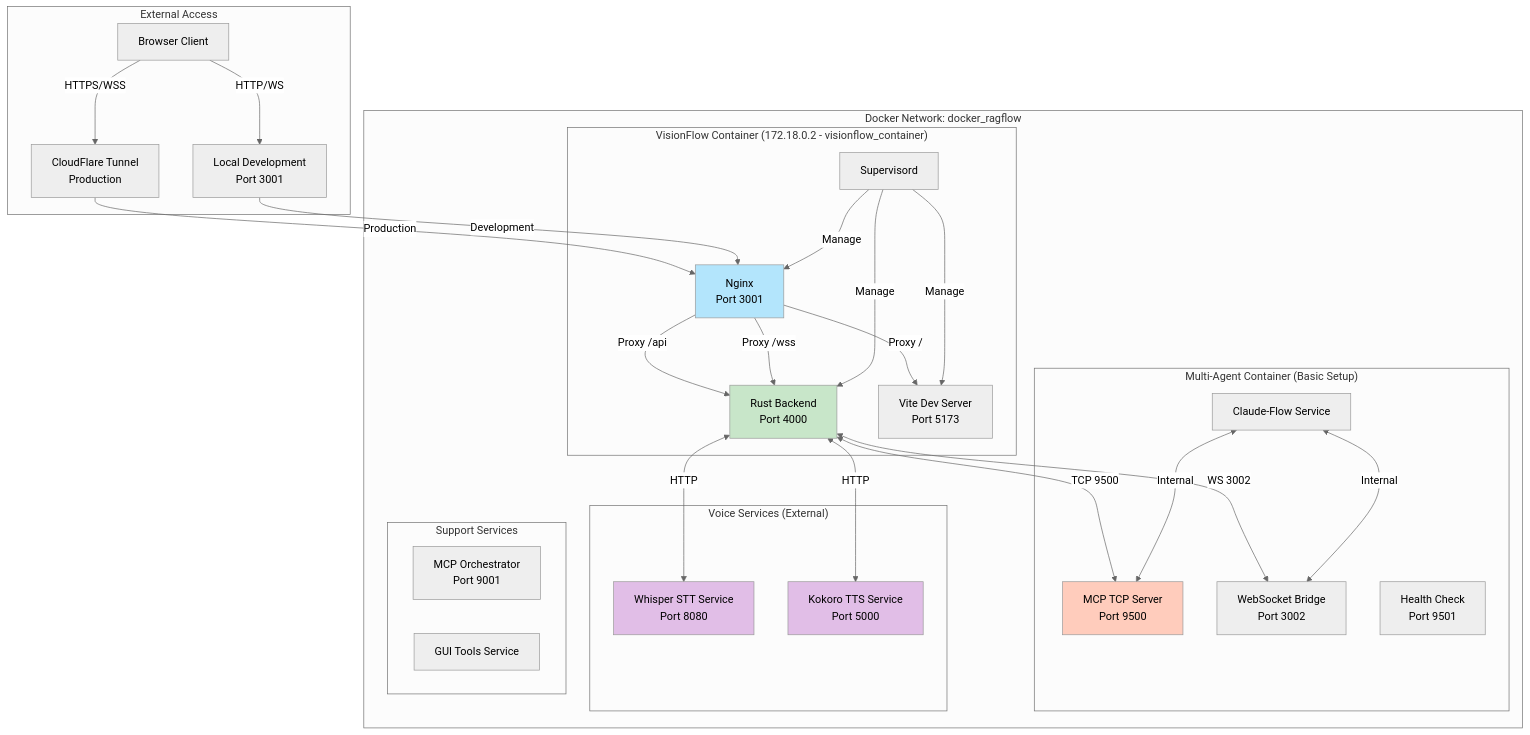
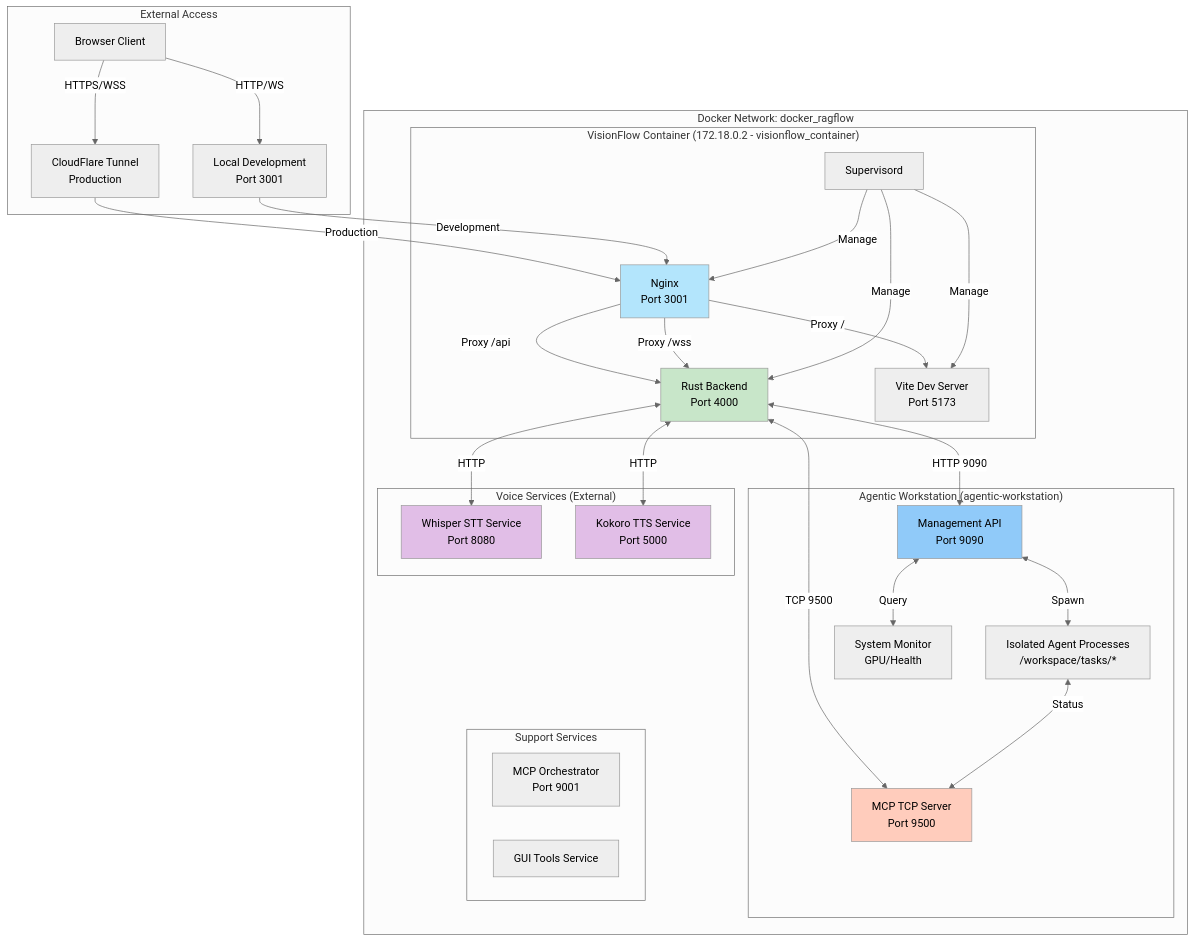
One commit to DreamLab-AI/VisionFlow changed the first of 27 diagrams in docs/architecture/overview.md. Above: the diagram before and after it, drawn with Mermaid (neutral theme). The commit also changed other lines of this file and 20 other files, not shown here.

````diff
--- a/docs/architecture/overview.md
+++ b/docs/architecture/overview.md
@@ -143,62 +145,64 @@
 ```mermaid
 graph TB
     subgraph "Docker Network: docker_ragflow"
         subgraph "VisionFlow Container (172.18.0.2 - visionflow_container)"
             Nginx["Nginx<br/>Port 3001"]
             Backend["Rust Backend<br/>Port 4000"]
             Frontend["Vite Dev Server<br/>Port 5173"]
             Supervisor[Supervisord]
         end
 
-        subgraph "Multi-Agent Container (Basic Setup)"
-            ClaudeFlow[Claude-Flow Service]
+        subgraph "Agentic Workstation (agentic-workstation)"
+            ManagementAPI["Management API<br/>Port 9090"]
             MCPServer["MCP TCP Server<br/>Port 9500"]
-            WSBridge["WebSocket Bridge<br/>Port 3002"]
-            HealthCheck["Health Check<br/>Port 9501"]
+            AgentProcesses["Isolated Agent Processes<br/>/workspace/tasks/*"]
+            SystemMonitor["System Monitor<br/>GPU/Health"]
         end
 
         subgraph "Voice Services (External)"
             Whisper["Whisper STT Service<br/>Port 8080"]
             Kokoro["Kokoro TTS Service<br/>Port 5000"]
         end
 
         subgraph "Support Services"
             MCP_Orchestrator["MCP Orchestrator<br/>Port 9001"]
             GUI_Tools[GUI Tools Service]
         end
     end
 
     subgraph "External Access"
         Browser[Browser Client]
         CloudFlare["CloudFlare Tunnel<br/>Production"]
         LocalDev["Local Development<br/>Port 3001"]
     end
 
     %% Connections
     Browser -->|HTTP/WS| LocalDev
     Browser -->|HTTPS/WSS| CloudFlare
     CloudFlare -->|Production| Nginx
     LocalDev -->|Development| Nginx
 
     Nginx -->|Proxy /api| Backend
     Nginx -->|Proxy /| Frontend
     Nginx -->|Proxy /wss| Backend
 
+    Backend <-->|HTTP 9090| ManagementAPI
     Backend <-->|TCP 9500| MCPServer
-    Backend <-->|WS 3002| WSBridge
     Backend <-->|HTTP| Whisper
     Backend <-->|HTTP| Kokoro
 
-    ClaudeFlow <-->|Internal| MCPServer
-    ClaudeFlow <-->|Internal| WSBridge
+    ManagementAPI <-->|Spawn| AgentProcesses
+    ManagementAPI <-->|Query| SystemMonitor
+    AgentProcesses <-->|Status| MCPServer
 
     Supervisor -->|Manage| Nginx
     Supervisor -->|Manage| Backend
     Supervisor -->|Manage| Frontend
 
     style Backend fill:#c8e6c9
+    style ManagementAPI fill:#90caf9
     style MCPServer fill:#ffccbc
     style Whisper fill:#e1bee7
     style Kokoro fill:#e1bee7
     style Nginx fill:#b3e5fc
 ```
````
